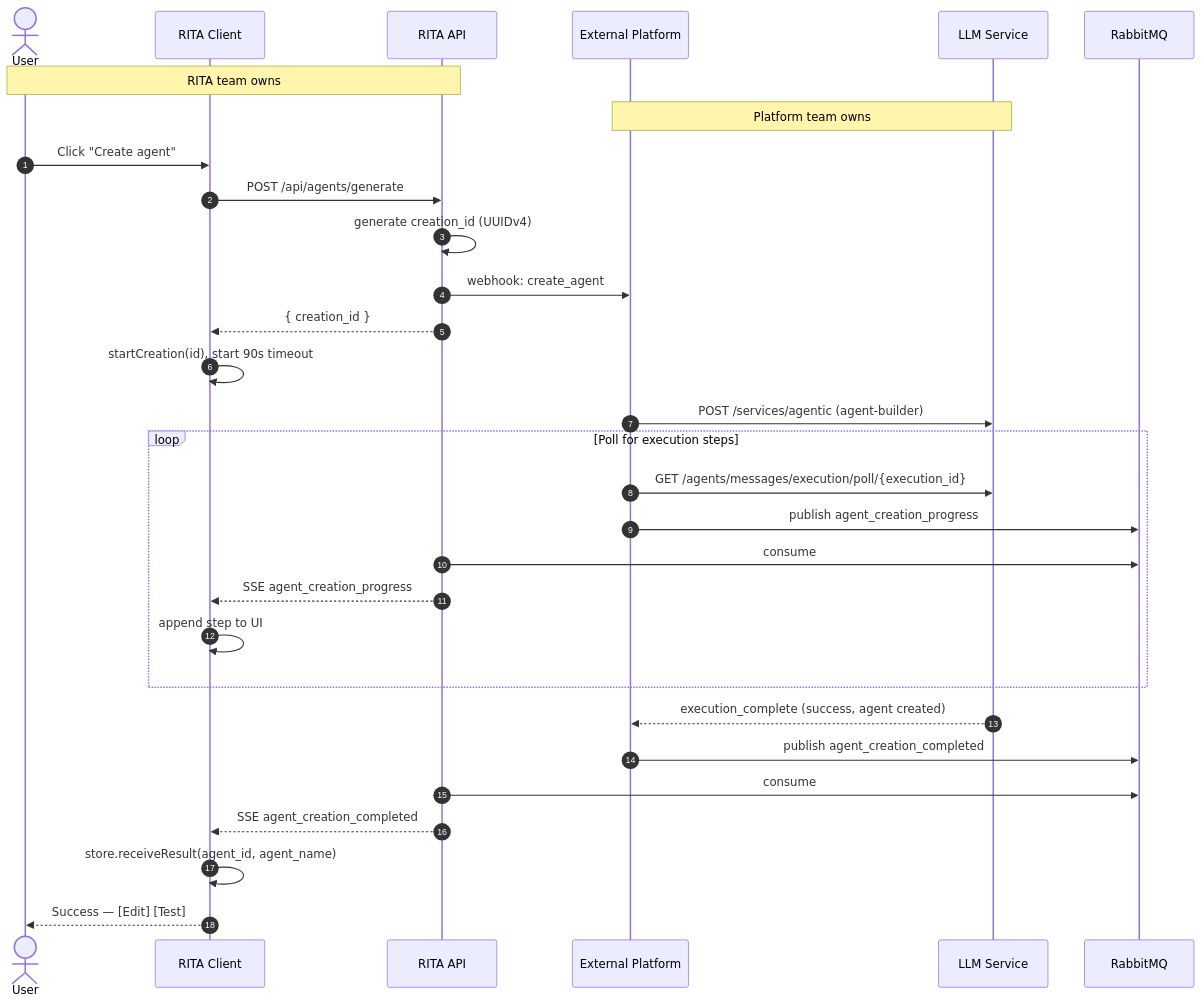
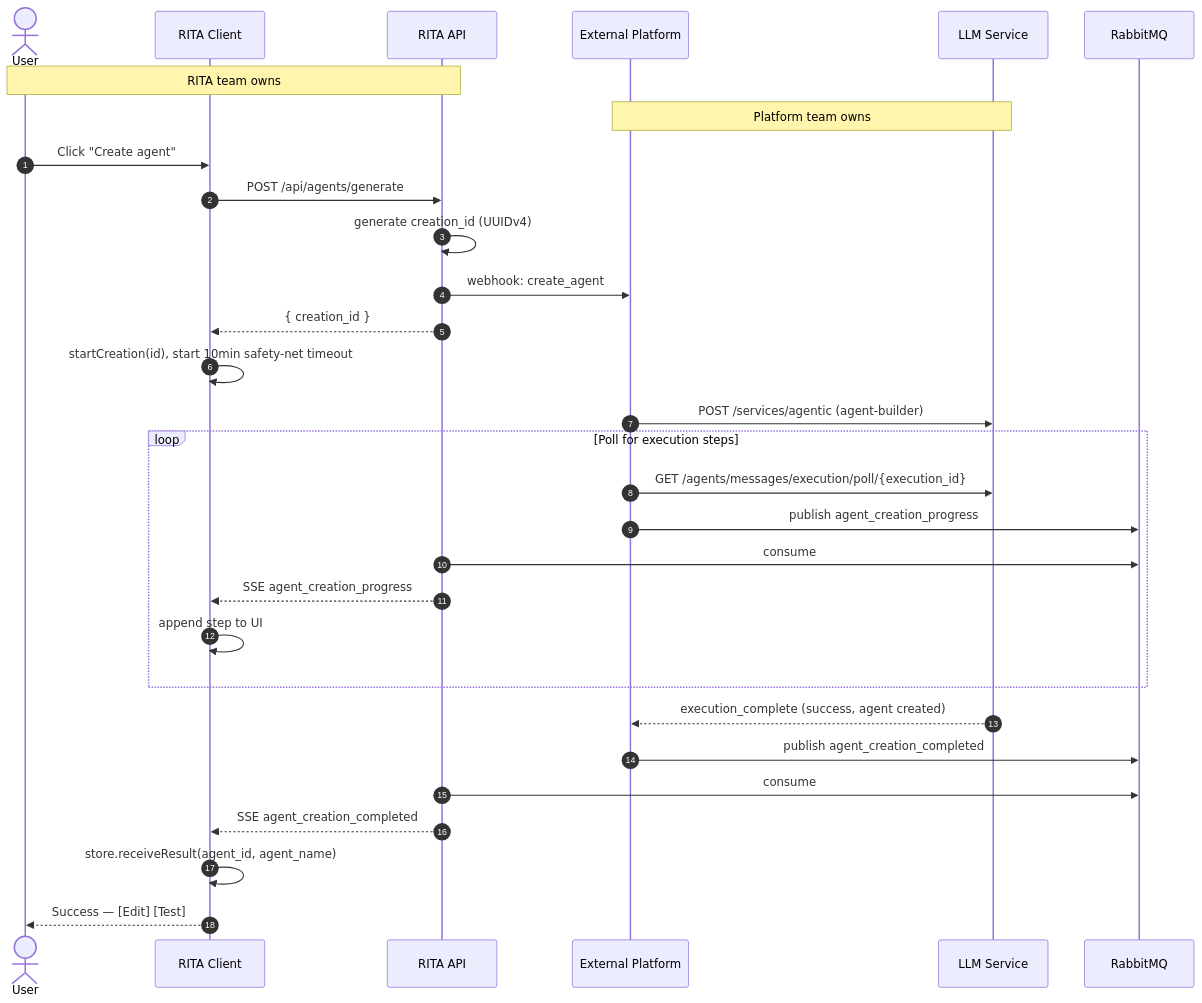
Before and after one commit to ewilhelmy-resolve/resolve-prototypes: the fourth of 11 diagrams in docs/features/agents/agent-creation-workflow-integration.md, drawn with Mermaid. The commit also changed other lines of this file and 3 other files, not shown here.

````diff
--- a/docs/features/agents/agent-creation-workflow-integration.md
+++ b/docs/features/agents/agent-creation-workflow-integration.md
@@ -130,36 +130,36 @@
 ```mermaid
 sequenceDiagram
     autonumber
     actor User
     participant Client as RITA Client
     participant API as RITA API
     participant Platform as External Platform
     participant LLM as LLM Service
     participant MQ as RabbitMQ
 
     Note over User,API: RITA team owns
     Note over Platform,LLM: Platform team owns
 
     User->>Client: Click "Create agent"
     Client->>API: POST /api/agents/generate
     API->>API: generate creation_id (UUIDv4)
     API->>Platform: webhook: create_agent
     API-->>Client: { creation_id }
-    Client->>Client: startCreation(id), start 90s timeout
+    Client->>Client: startCreation(id), start 10min safety-net timeout
 
     Platform->>LLM: POST /services/agentic (agent-builder)
     loop Poll for execution steps
         Platform->>LLM: GET /agents/messages/execution/poll/{execution_id}
         Platform->>MQ: publish agent_creation_progress
         API->>MQ: consume
         API-->>Client: SSE agent_creation_progress
         Client->>Client: append step to UI
     end
 
     LLM-->>Platform: execution_complete (success, agent created)
     Platform->>MQ: publish agent_creation_completed
     API->>MQ: consume
     API-->>Client: SSE agent_creation_completed
     Client->>Client: store.receiveResult(agent_id, agent_name)
     Client-->>User: Success — [Edit] [Test]
 ```
````
